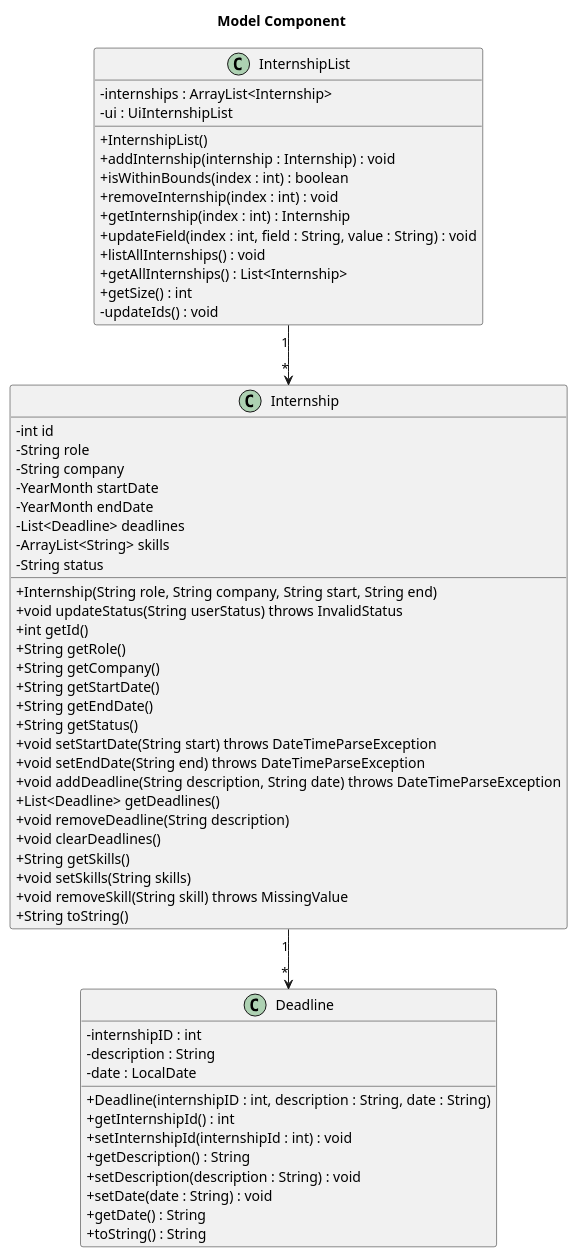
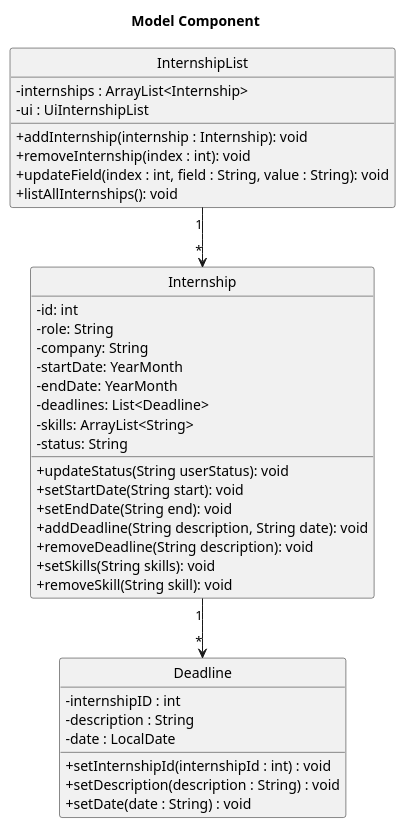
One commit to nus-cs2113-AY2425S1/tp changed the diagram in docs/UML/Internship.puml. Above: the diagram before and after it, drawn with PlantUML.

Commit message:
issue 185, issue 208, issue 146

```diff
--- a/docs/UML/Internship.puml
+++ b/docs/UML/Internship.puml
@@ -1,71 +1,50 @@
 @startuml
 
 Title Model Component
 skinparam classAttributeIconSize 0
+hide circle
 class Internship {
-    - int id
-    - String role
-    - String company
-    - YearMonth startDate
-    - YearMonth endDate
-    - List<Deadline> deadlines
-    - ArrayList<String> skills
-    - String status
+    - id: int
+    - role: String
+    - company: String
+    - startDate: YearMonth
+    - endDate: YearMonth
+    - deadlines: List<Deadline>
+    - skills: ArrayList<String>
+    - status: String
 
-    + Internship(String role, String company, String start, String end)
-    + void updateStatus(String userStatus) throws InvalidStatus
-    + int getId()
-    + String getRole()
-    + String getCompany()
-    + String getStartDate()
-    + String getEndDate()
-    + String getStatus()
-    + void setStartDate(String start) throws DateTimeParseException
-    + void setEndDate(String end) throws DateTimeParseException
-    + void addDeadline(String description, String date) throws DateTimeParseException
-    + List<Deadline> getDeadlines()
-    + void removeDeadline(String description)
-    + void clearDeadlines()
-    + String getSkills()
-    + void setSkills(String skills)
-    + void removeSkill(String skill) throws MissingValue
-    + String toString()
+    + updateStatus(String userStatus): void
+    + setStartDate(String start): void
+    + setEndDate(String end): void
+    + addDeadline(String description, String date): void
+    + removeDeadline(String description): void
+    + setSkills(String skills): void
+    + removeSkill(String skill): void
 }
 
 
 
 class InternshipList {
         - internships : ArrayList<Internship>
         - ui : UiInternshipList
 
-        + InternshipList()
-        + addInternship(internship : Internship) : void
-        + isWithinBounds(index : int) : boolean
-        + removeInternship(index : int) : void
-        + getInternship(index : int) : Internship
-        + updateField(index : int, field : String, value : String) : void
-        + listAllInternships() : void
-        + getAllInternships() : List<Internship>
-        + getSize() : int
-        - updateIds() : void
+        + addInternship(internship : Internship): void
+        + removeInternship(index : int): void
+        + updateField(index : int, field : String, value : String): void
+        + listAllInternships(): void
     }
 
 class Deadline {
         - internshipID : int
         - description : String
         - date : LocalDate
 
-        + Deadline(internshipID : int, description : String, date : String)
-        + getInternshipId() : int
         + setInternshipId(internshipId : int) : void
-        + getDescription() : String
         + setDescription(description : String) : void
         + setDate(date : String) : void
-        + getDate() : String
-        + toString() : String
     }
 
 InternshipList "1" --> "*" Internship
 Internship "1" --> "*" Deadline
 
 @enduml
```
